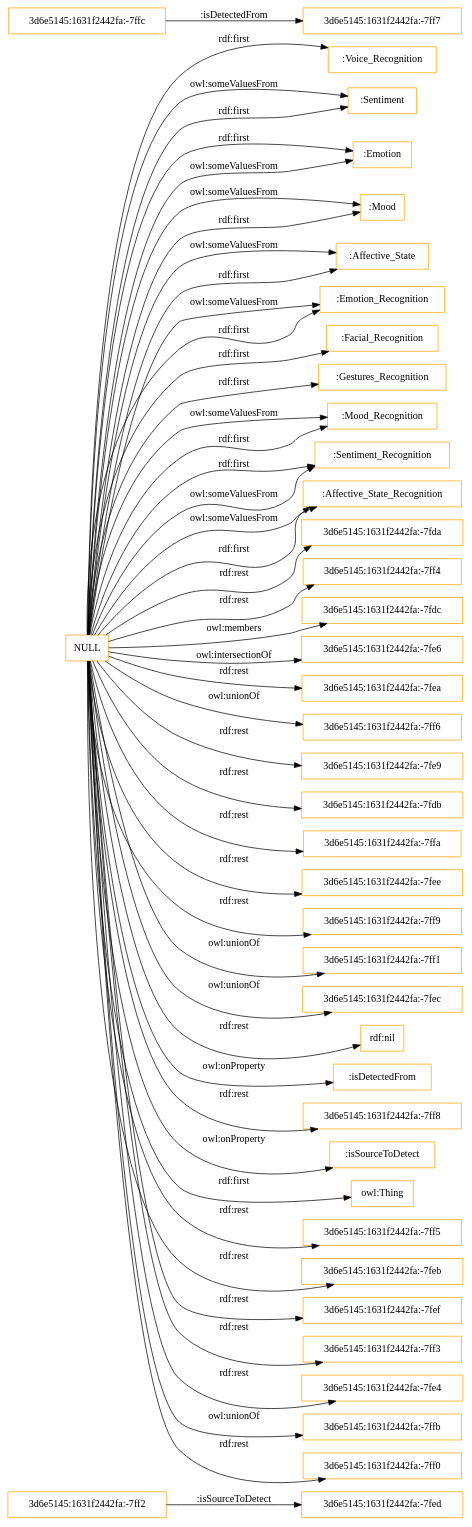
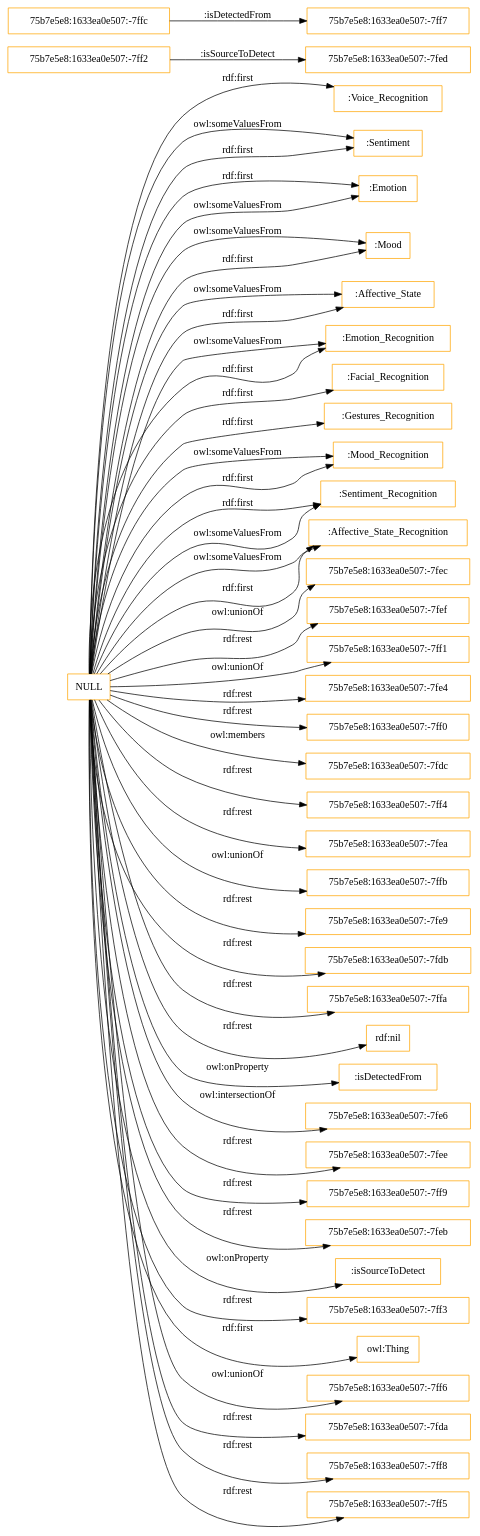
One commit to rana-othman/HASIO-Modularization changed the diagram in OnToology/Affective_States_Recognition_Module.owl/diagrams/ar2dtool-class/Affective_States_Recognition_Module.owl.png.dot. Above: the diagram before and after it, drawn with Graphviz. The commit also changed 31 other files, not shown here.

```diff
--- a/OnToology/Affective_States_Recognition_Module.owl/diagrams/ar2dtool-class/Affective_States_Recognition_Module.owl.png.dot
+++ b/OnToology/Affective_States_Recognition_Module.owl/diagrams/ar2dtool-class/Affective_States_Recognition_Module.owl.png.dot
@@ -1,52 +1,52 @@
 digraph ar2dtool_diagram { 
 rankdir=LR;
 size="1501"
-node [shape = rectangle, color="orange"]; "3d6e5145:1631f2442fa:-7ff2" ":Voice_Recognition" ":Sentiment" ":Emotion" ":Mood" "3d6e5145:1631f2442fa:-7ff7" ":Affective_State" ":Emotion_Recognition" ":Facial_Recognition" ":Gestures_Recognition" ":Mood_Recognition" ":Sentiment_Recognition" "3d6e5145:1631f2442fa:-7ffc" ":Affective_State_Recognition" "3d6e5145:1631f2442fa:-7fed" ; /*classes style*/
-	"NULL" -> "3d6e5145:1631f2442fa:-7fda" [ label = "rdf:rest" ];
-	"NULL" -> "3d6e5145:1631f2442fa:-7ff4" [ label = "rdf:rest" ];
+node [shape = rectangle, color="orange"]; ":Voice_Recognition" "75b7e5e8:1633ea0e507:-7fed" ":Sentiment" "75b7e5e8:1633ea0e507:-7ffc" ":Emotion" ":Mood" ":Affective_State" ":Emotion_Recognition" "75b7e5e8:1633ea0e507:-7ff7" ":Facial_Recognition" ":Gestures_Recognition" ":Mood_Recognition" ":Sentiment_Recognition" "75b7e5e8:1633ea0e507:-7ff2" ":Affective_State_Recognition" ; /*classes style*/
 	"NULL" -> ":Sentiment_Recognition" [ label = "rdf:first" ];
-	"NULL" -> "3d6e5145:1631f2442fa:-7fdc" [ label = "owl:members" ];
-	"NULL" -> "3d6e5145:1631f2442fa:-7fe6" [ label = "owl:intersectionOf" ];
-	"NULL" -> "3d6e5145:1631f2442fa:-7fea" [ label = "rdf:rest" ];
-	"NULL" -> "3d6e5145:1631f2442fa:-7ff6" [ label = "owl:unionOf" ];
+	"NULL" -> "75b7e5e8:1633ea0e507:-7fec" [ label = "owl:unionOf" ];
+	"NULL" -> "75b7e5e8:1633ea0e507:-7fef" [ label = "rdf:rest" ];
 	"NULL" -> ":Voice_Recognition" [ label = "rdf:first" ];
 	"NULL" -> ":Mood_Recognition" [ label = "owl:someValuesFrom" ];
-	"NULL" -> "3d6e5145:1631f2442fa:-7fe9" [ label = "rdf:rest" ];
-	"NULL" -> "3d6e5145:1631f2442fa:-7fdb" [ label = "rdf:rest" ];
-	"NULL" -> "3d6e5145:1631f2442fa:-7ffa" [ label = "rdf:rest" ];
-	"NULL" -> "3d6e5145:1631f2442fa:-7fee" [ label = "rdf:rest" ];
+	"NULL" -> "75b7e5e8:1633ea0e507:-7ff1" [ label = "owl:unionOf" ];
+	"NULL" -> "75b7e5e8:1633ea0e507:-7fe4" [ label = "rdf:rest" ];
 	"NULL" -> ":Emotion_Recognition" [ label = "owl:someValuesFrom" ];
-	"NULL" -> "3d6e5145:1631f2442fa:-7ff9" [ label = "rdf:rest" ];
+	"NULL" -> "75b7e5e8:1633ea0e507:-7ff0" [ label = "rdf:rest" ];
+	"NULL" -> "75b7e5e8:1633ea0e507:-7fdc" [ label = "owl:members" ];
+	"NULL" -> "75b7e5e8:1633ea0e507:-7ff4" [ label = "rdf:rest" ];
 	"NULL" -> ":Emotion_Recognition" [ label = "rdf:first" ];
+	"NULL" -> "75b7e5e8:1633ea0e507:-7fea" [ label = "rdf:rest" ];
 	"NULL" -> ":Facial_Recognition" [ label = "rdf:first" ];
-	"NULL" -> "3d6e5145:1631f2442fa:-7ff1" [ label = "owl:unionOf" ];
-	"NULL" -> "3d6e5145:1631f2442fa:-7fec" [ label = "owl:unionOf" ];
+	"NULL" -> "75b7e5e8:1633ea0e507:-7ffb" [ label = "owl:unionOf" ];
+	"NULL" -> "75b7e5e8:1633ea0e507:-7fe9" [ label = "rdf:rest" ];
+	"NULL" -> "75b7e5e8:1633ea0e507:-7fdb" [ label = "rdf:rest" ];
+	"NULL" -> "75b7e5e8:1633ea0e507:-7ffa" [ label = "rdf:rest" ];
 	"NULL" -> "rdf:nil" [ label = "rdf:rest" ];
 	"NULL" -> ":isDetectedFrom" [ label = "owl:onProperty" ];
+	"NULL" -> "75b7e5e8:1633ea0e507:-7fe6" [ label = "owl:intersectionOf" ];
+	"NULL" -> "75b7e5e8:1633ea0e507:-7fee" [ label = "rdf:rest" ];
 	"NULL" -> ":Mood" [ label = "owl:someValuesFrom" ];
+	"NULL" -> "75b7e5e8:1633ea0e507:-7ff9" [ label = "rdf:rest" ];
+	"NULL" -> "75b7e5e8:1633ea0e507:-7feb" [ label = "rdf:rest" ];
 	"NULL" -> ":Emotion" [ label = "rdf:first" ];
 	"NULL" -> ":Sentiment" [ label = "owl:someValuesFrom" ];
-	"NULL" -> "3d6e5145:1631f2442fa:-7ff8" [ label = "rdf:rest" ];
 	"NULL" -> ":isSourceToDetect" [ label = "owl:onProperty" ];
+	"NULL" -> "75b7e5e8:1633ea0e507:-7ff3" [ label = "rdf:rest" ];
 	"NULL" -> "owl:Thing" [ label = "rdf:first" ];
-	"NULL" -> "3d6e5145:1631f2442fa:-7ff5" [ label = "rdf:rest" ];
 	"NULL" -> ":Emotion" [ label = "owl:someValuesFrom" ];
 	"NULL" -> ":Affective_State_Recognition" [ label = "owl:someValuesFrom" ];
 	"NULL" -> ":Affective_State" [ label = "owl:someValuesFrom" ];
 	"NULL" -> ":Mood_Recognition" [ label = "rdf:first" ];
-	"NULL" -> "3d6e5145:1631f2442fa:-7feb" [ label = "rdf:rest" ];
+	"NULL" -> "75b7e5e8:1633ea0e507:-7ff6" [ label = "owl:unionOf" ];
 	"NULL" -> ":Gestures_Recognition" [ label = "rdf:first" ];
 	"NULL" -> ":Sentiment_Recognition" [ label = "owl:someValuesFrom" ];
+	"NULL" -> "75b7e5e8:1633ea0e507:-7fda" [ label = "rdf:rest" ];
 	"NULL" -> ":Mood" [ label = "rdf:first" ];
 	"NULL" -> ":Affective_State_Recognition" [ label = "rdf:first" ];
 	"NULL" -> ":Affective_State" [ label = "rdf:first" ];
-	"NULL" -> "3d6e5145:1631f2442fa:-7fef" [ label = "rdf:rest" ];
-	"NULL" -> "3d6e5145:1631f2442fa:-7ff3" [ label = "rdf:rest" ];
+	"NULL" -> "75b7e5e8:1633ea0e507:-7ff8" [ label = "rdf:rest" ];
 	"NULL" -> ":Sentiment" [ label = "rdf:first" ];
-	"NULL" -> "3d6e5145:1631f2442fa:-7fe4" [ label = "rdf:rest" ];
-	"NULL" -> "3d6e5145:1631f2442fa:-7ffb" [ label = "owl:unionOf" ];
-	"NULL" -> "3d6e5145:1631f2442fa:-7ff0" [ label = "rdf:rest" ];
-	"3d6e5145:1631f2442fa:-7ffc" -> "3d6e5145:1631f2442fa:-7ff7" [ label = ":isDetectedFrom" ];
-	"3d6e5145:1631f2442fa:-7ff2" -> "3d6e5145:1631f2442fa:-7fed" [ label = ":isSourceToDetect" ];
+	"NULL" -> "75b7e5e8:1633ea0e507:-7ff5" [ label = "rdf:rest" ];
+	"75b7e5e8:1633ea0e507:-7ffc" -> "75b7e5e8:1633ea0e507:-7ff7" [ label = ":isDetectedFrom" ];
+	"75b7e5e8:1633ea0e507:-7ff2" -> "75b7e5e8:1633ea0e507:-7fed" [ label = ":isSourceToDetect" ];
 
 }
```
